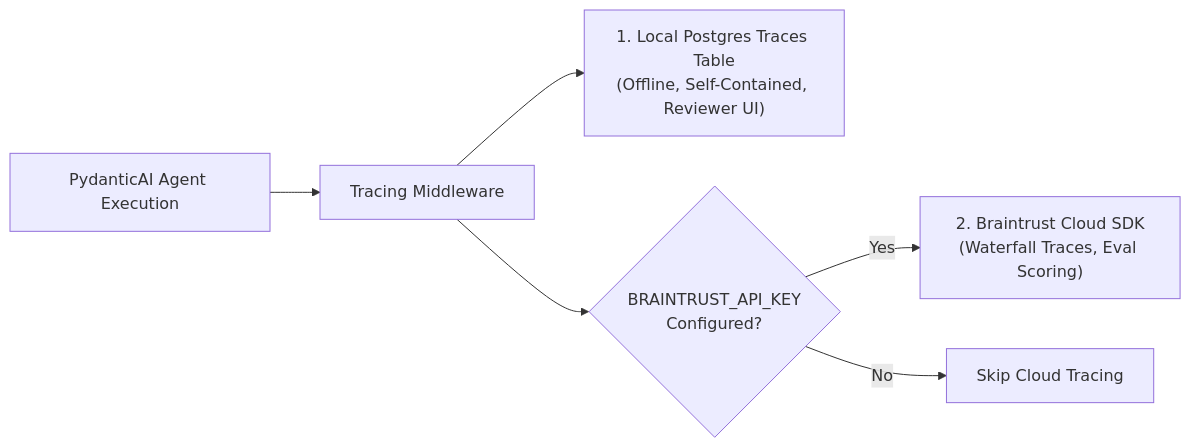
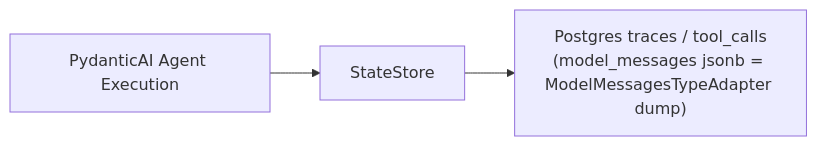
One commit to yaara-manor/cato-networks changed the fourth of 5 diagrams in docs/architecture/system-architecture-design.md. Above: the diagram before and after it, drawn with Mermaid. The commit also changed other lines of this file and 4 other files, not shown here.

Commit message:
chore: drop braintrust, tracing is postgres + pydantic-ai history

````diff
--- a/docs/architecture/system-architecture-design.md
+++ b/docs/architecture/system-architecture-design.md
@@ -388,10 +388,5 @@
 ```mermaid
 flowchart LR
-    PydanticAIRunner["PydanticAI Agent Execution"] --> TracerMiddleware["Tracing Middleware"]
-
-    TracerMiddleware --> LocalStore["1. Local Postgres Traces Table\n(Offline, Self-Contained, Reviewer UI)"]
-    TracerMiddleware --> BraintrustCheck{"BRAINTRUST_API_KEY\nConfigured?"}
-
-    BraintrustCheck -- Yes --> BraintrustSDK["2. Braintrust Cloud SDK\n(Waterfall Traces, Eval Scoring)"]
-    BraintrustCheck -- No --> SilentlyPass["Skip Cloud Tracing"]
+    PydanticAIRunner["PydanticAI Agent Execution"] --> Store["StateStore"]
+    Store --> Traces["Postgres traces / tool_calls\n(model_messages jsonb = ModelMessagesTypeAdapter dump)"]
 ```
````
